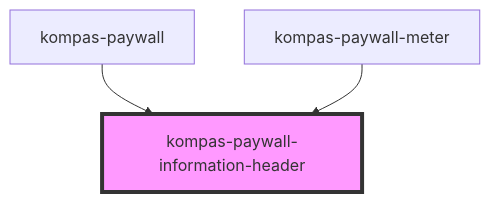
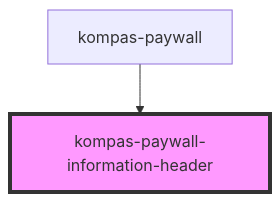
One commit to pt-kompas-media-nusantara/kompas-web-components changed the diagram in src/components/kompas-paywall-information-header/readme.md. Above: the diagram before and after it, drawn with Mermaid. The commit also changed other lines of this file and 11 other files, not shown here.

````diff
--- a/src/components/kompas-paywall-information-header/readme.md
+++ b/src/components/kompas-paywall-information-header/readme.md
@@ -23,6 +22,5 @@
 ```mermaid
 graph TD;
   kompas-paywall --> kompas-paywall-information-header
-  kompas-paywall-meter --> kompas-paywall-information-header
   style kompas-paywall-information-header fill:#f9f,stroke:#333,stroke-width:4px
 ```
````
